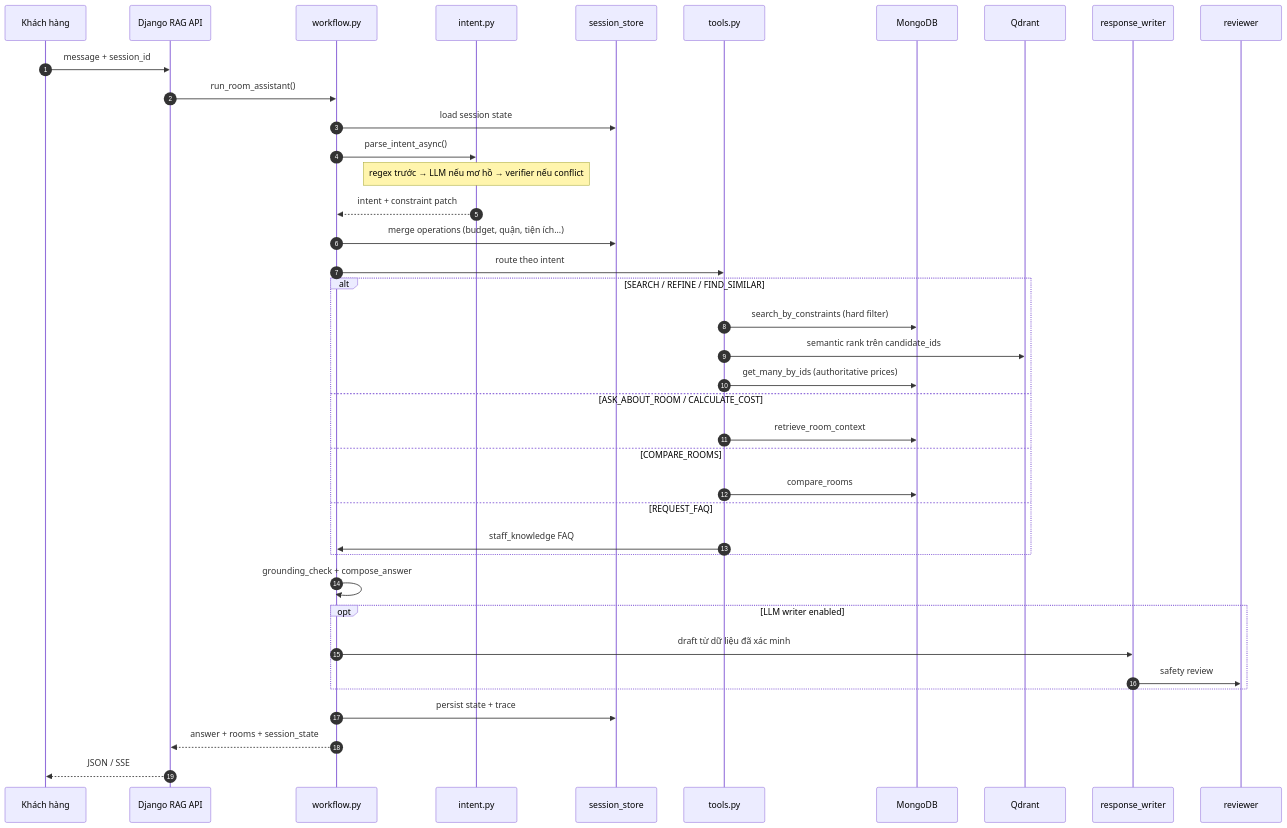
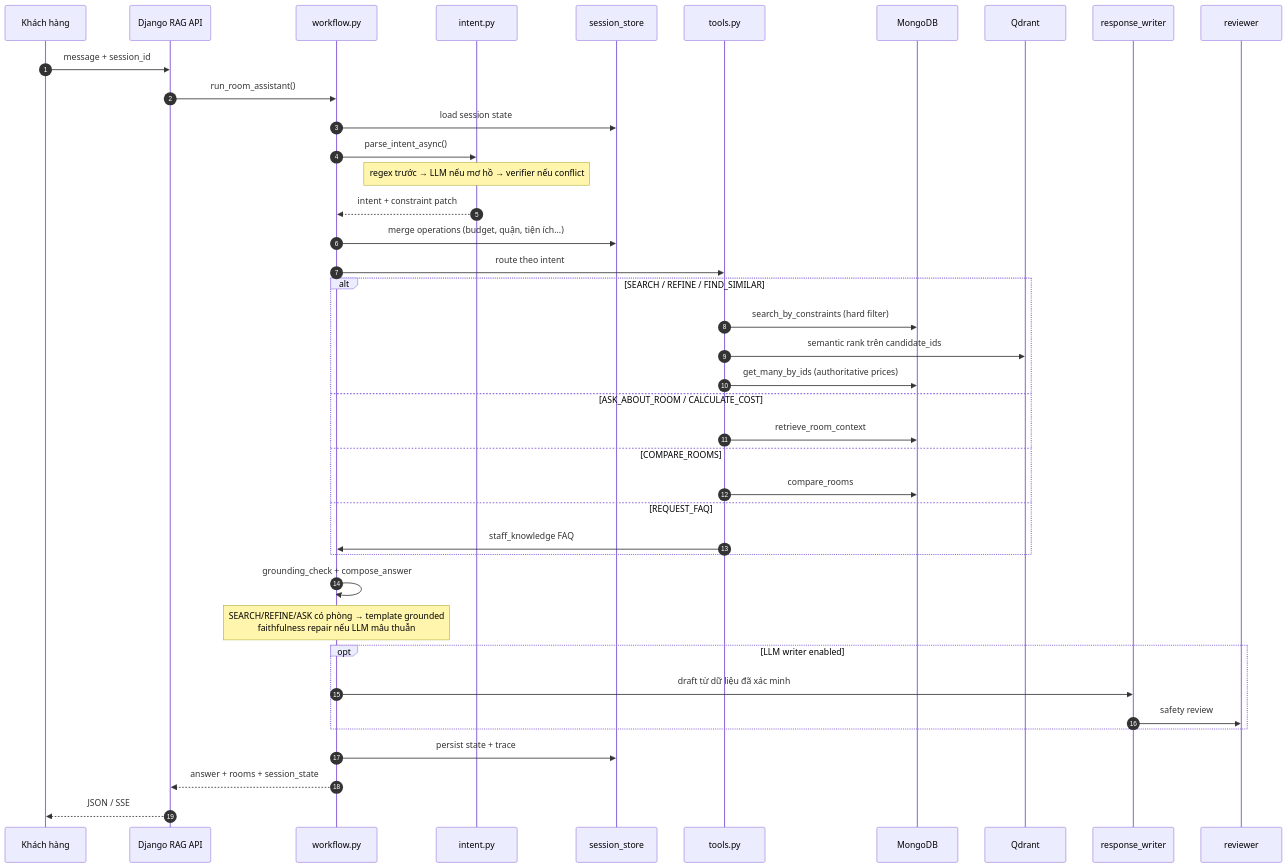
The second of 4 diagrams in README.md (QuangVoAI/demo_rag), drawn with Mermaid before and after one commit. The commit also changed other lines of this file and 5 other files, not shown here.

````diff
--- a/README.md
+++ b/README.md
@@ -95,42 +96,43 @@
 ```mermaid
 sequenceDiagram
     autonumber
     participant U as Khách hàng
     participant API as Django RAG API
     participant WF as workflow.py
     participant I as intent.py
     participant S as session_store
     participant T as tools.py
     participant M as MongoDB
     participant Q as Qdrant
     participant W as response_writer
     participant R as reviewer
 
     U->>API: message + session_id
     API->>WF: run_room_assistant()
     WF->>S: load session state
     WF->>I: parse_intent_async()
     Note over I: regex trước → LLM nếu mơ hồ → verifier nếu conflict
     I-->>WF: intent + constraint patch
     WF->>S: merge operations (budget, quận, tiện ích...)
     WF->>T: route theo intent
     alt SEARCH / REFINE / FIND_SIMILAR
         T->>M: search_by_constraints (hard filter)
         T->>Q: semantic rank trên candidate_ids
         T->>M: get_many_by_ids (authoritative prices)
     else ASK_ABOUT_ROOM / CALCULATE_COST
         T->>M: retrieve_room_context
     else COMPARE_ROOMS
         T->>M: compare_rooms
   else REQUEST_FAQ
         T->>WF: staff_knowledge FAQ
     end
     WF->>WF: grounding_check + compose_answer
+    Note over WF: SEARCH/REFINE/ASK có phòng → template grounded<br/>faithfulness repair nếu LLM mâu thuẫn
     opt LLM writer enabled
         WF->>W: draft từ dữ liệu đã xác minh
         W->>R: safety review
     end
     WF->>S: persist state + trace
     WF-->>API: answer + rooms + session_state
     API-->>U: JSON / SSE
 ```
````
